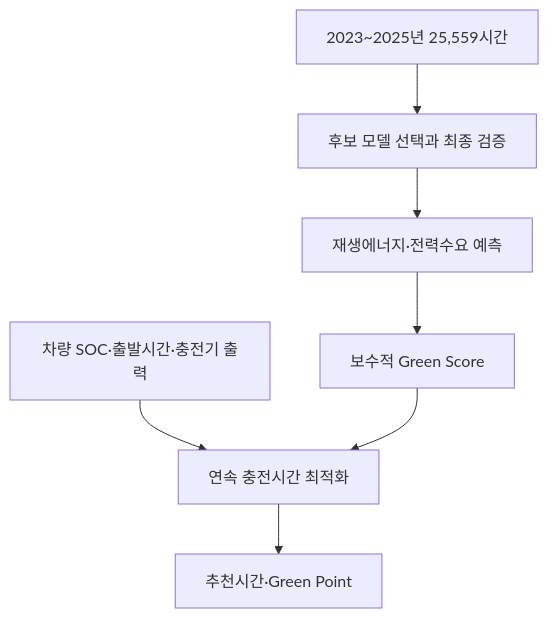
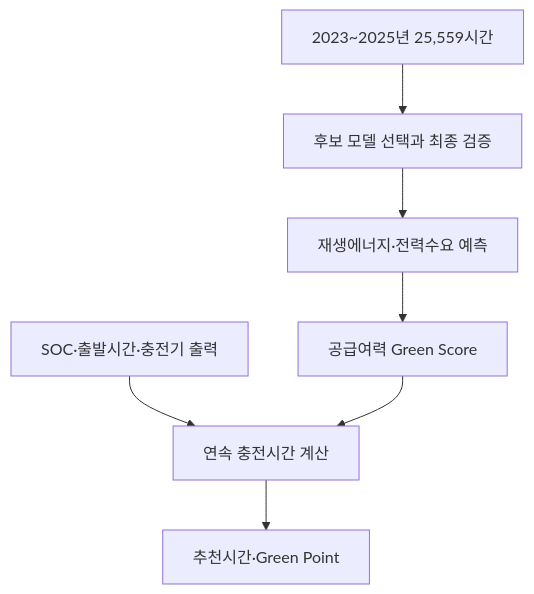
The diagram in TEAM_EXPLANATION.md (minho0432/jeju-green-flex-ai), drawn with Mermaid before and after one commit. The commit also changed other lines of this file and 37 other files, not shown here.

````diff
--- a/TEAM_EXPLANATION.md
+++ b/TEAM_EXPLANATION.md
@@ -33,9 +17,9 @@
 ```mermaid
 flowchart TD
     A["2023~2025년 25,559시간"] --> B["후보 모델 선택과 최종 검증"]
     B --> C["재생에너지·전력수요 예측"]
-    C --> D["보수적 Green Score"]
-    E["차량 SOC·출발시간·충전기 출력"] --> F["연속 충전시간 최적화"]
+    C --> D["공급여력 Green Score"]
+    E["SOC·출발시간·충전기 출력"] --> F["연속 충전시간 계산"]
     D --> F
     F --> G["추천시간·Green Point"]
 ```
````
